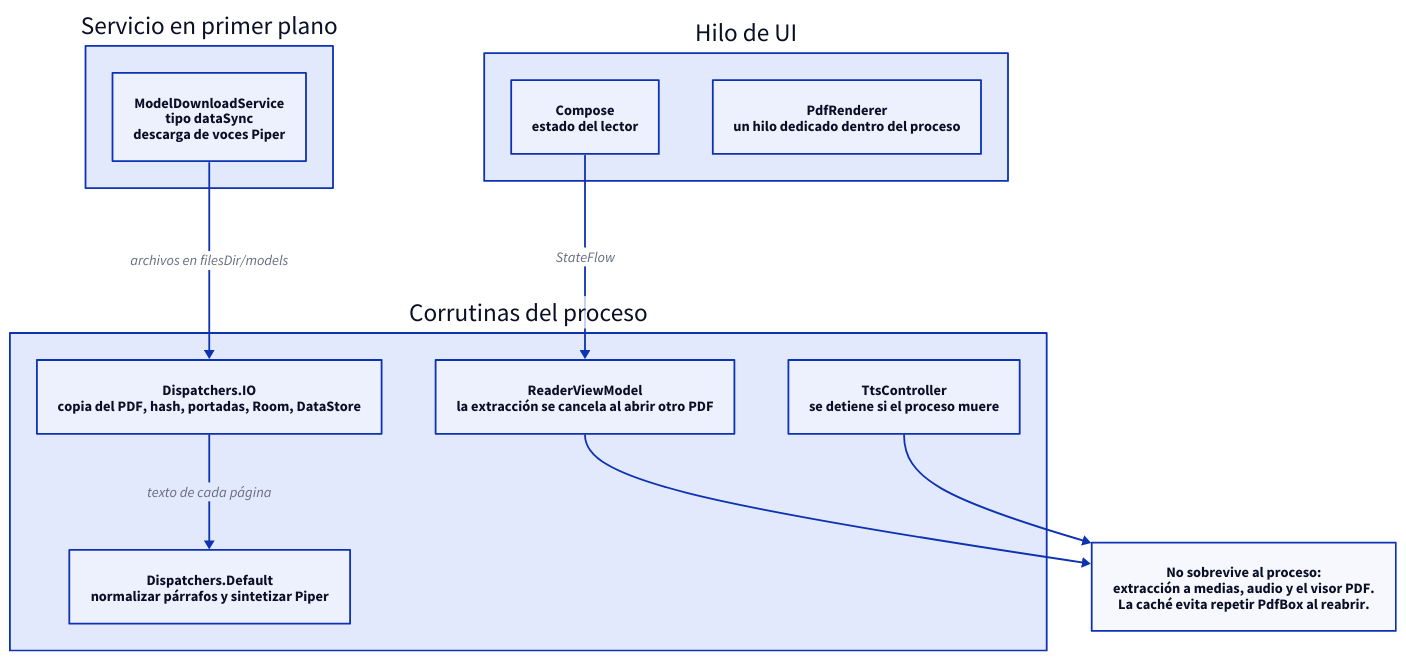
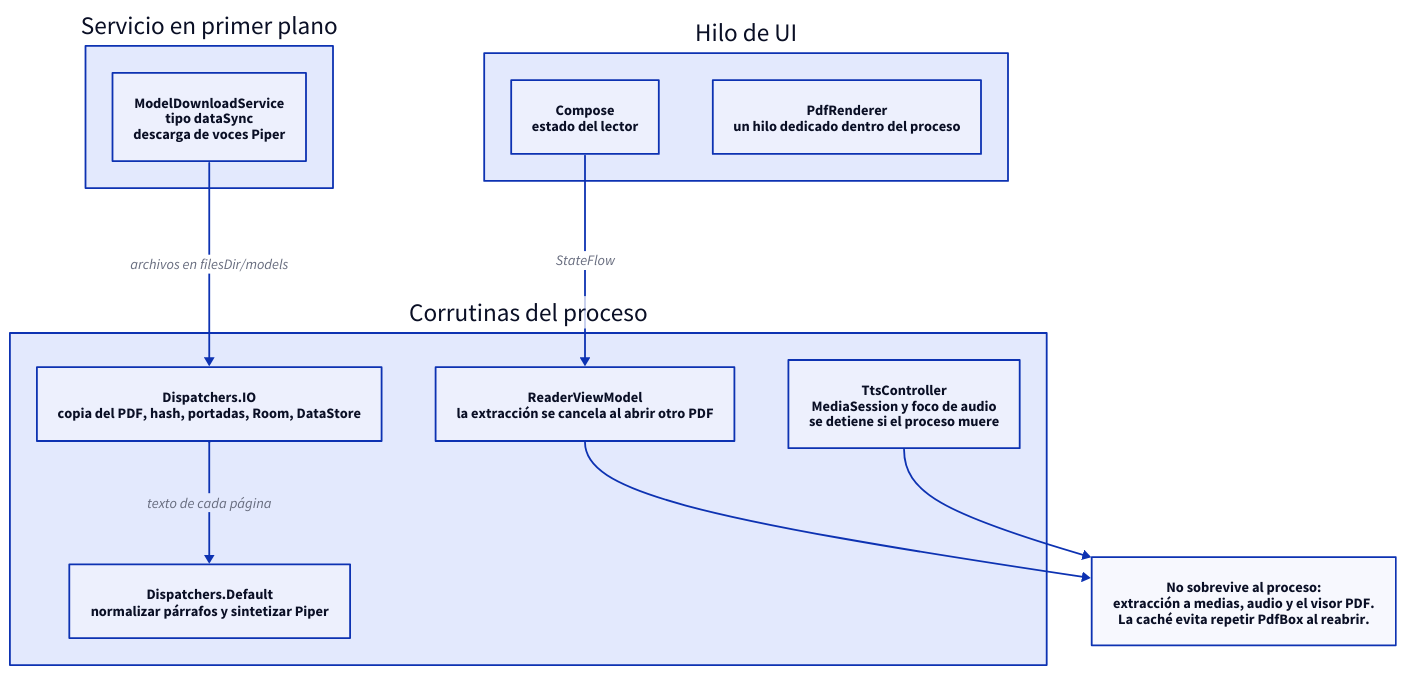
The diagram in docs/diagrams/background-work.d2 (neri-gut/Ereader), drawn with D2 before and after one commit. The commit also changed 16 other files, not shown here.

```diff
--- a/docs/diagrams/background-work.d2
+++ b/docs/diagrams/background-work.d2
@@ -1,27 +1,27 @@
 direction: down
 
 ui_thread: Hilo de UI {
   compose: Compose\nestado del lector
   pdf_view: PdfRenderer\nun hilo dedicado dentro del proceso
 }
 
 proceso: Corrutinas del proceso {
   io: "Dispatchers.IO\ncopia del PDF, hash, portadas, Room, DataStore"
   cpu: "Dispatchers.Default\nnormalizar párrafos y sintetizar Piper"
   vm: "ReaderViewModel\nla extracción se cancela al abrir otro PDF"
-  audio: "TtsController\nse detiene si el proceso muere"
+  audio: "TtsController\nMediaSession y foco de audio\nse detiene si el proceso muere"
 }
 
 servicio: Servicio en primer plano {
   download: "ModelDownloadService\ntipo dataSync\ndescarga de voces Piper"
 }
 
 muere: "No sobrevive al proceso:\nextracción a medias, audio y el visor PDF.\nLa caché evita repetir PdfBox al reabrir." {
   shape: rectangle
 }
 
 ui_thread.compose -> proceso.vm: StateFlow
 proceso.io -> proceso.cpu: texto de cada página
 proceso.vm -> muere
 proceso.audio -> muere
 servicio.download -> proceso.io: archivos en filesDir/models
```
